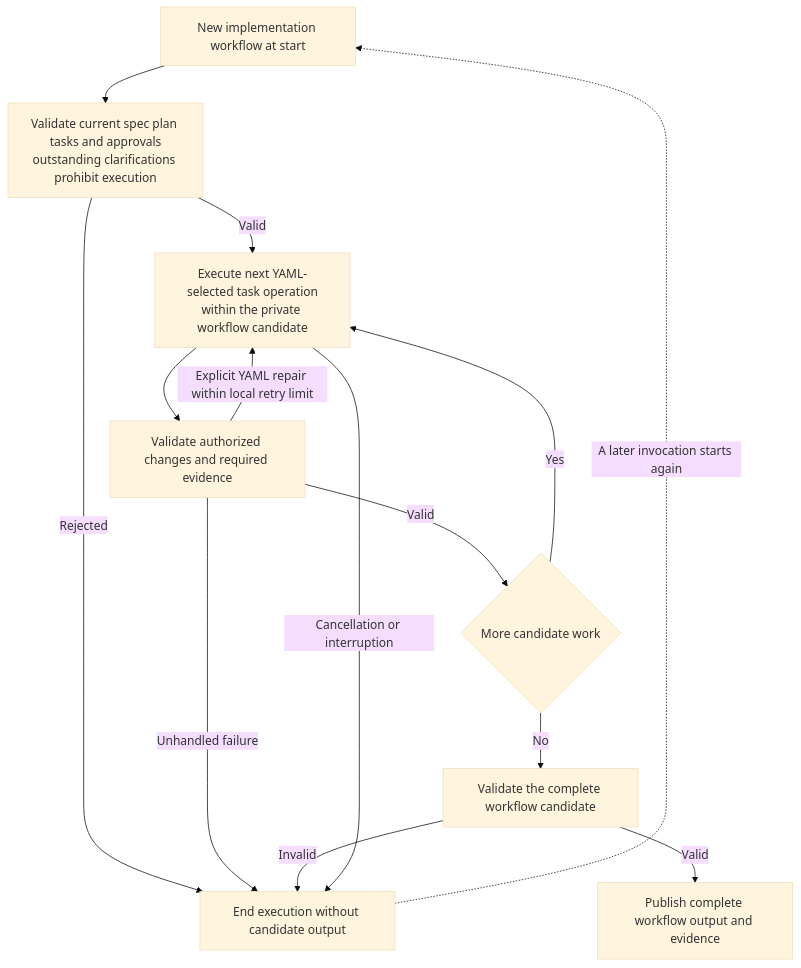
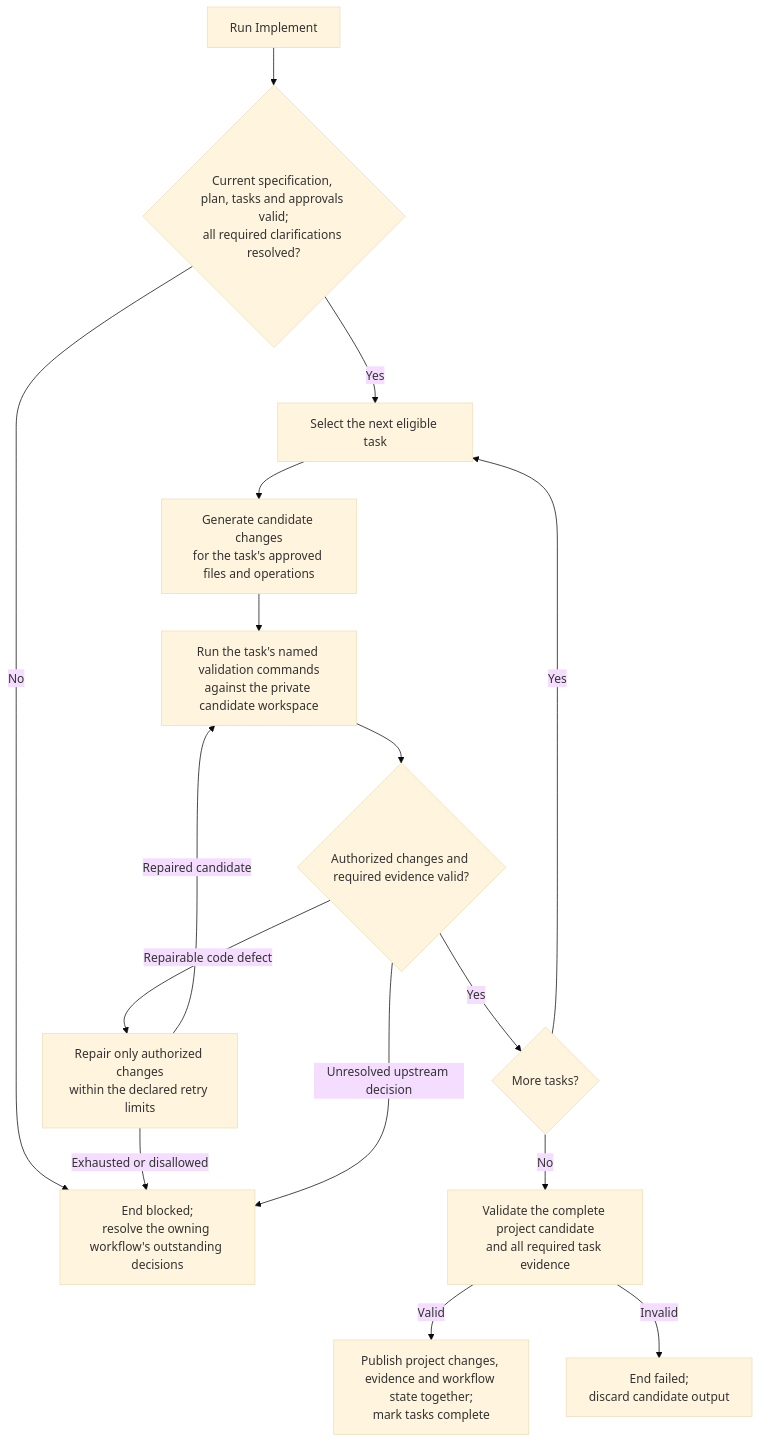
One commit to littledespot/sdde changed the diagram in design/diagrams/04-implementation-workflow.md. Above: the diagram before and after it, drawn with Mermaid (base theme). The commit also changed other lines of this file and 79 other files, not shown here.

````diff
--- a/design/diagrams/04-implementation-workflow.md
+++ b/design/diagrams/04-implementation-workflow.md
@@ -5,16 +3,18 @@
 ```mermaid
 flowchart TD
-    START[New implementation workflow at start] --> GATE[Validate current spec plan tasks and approvals<br/>outstanding clarifications prohibit execution]
-    GATE -- Rejected --> END[End execution without candidate output]
-    GATE -- Valid --> TASK[Execute next YAML-selected task operation<br/>within the private workflow candidate]
-    TASK --> CHECK[Validate authorized changes and required evidence]
-    CHECK -- Explicit YAML repair within local retry limit --> TASK
-    CHECK -- Valid --> MORE{More candidate work}
-    MORE -- Yes --> TASK
-    MORE -- No --> FINAL[Validate the complete workflow candidate]
-    FINAL -- Valid --> OUTPUT[Publish complete workflow output and evidence]
-    CHECK -- Unhandled failure --> END
-    FINAL -- Invalid --> END
-    TASK -- Cancellation or interruption --> END
-    END -. A later invocation starts again .-> START
+    START["Run Implement"] --> GATE{"Current specification, plan, tasks and approvals valid;<br/>all required clarifications resolved?"}
+    GATE -->|No| BLOCKED["End blocked;<br/>resolve the owning workflow's outstanding decisions"]
+    GATE -->|Yes| TASK["Select the next eligible task"]
+    TASK --> CHANGE["Generate candidate changes<br/>for the task's approved files and operations"]
+    CHANGE --> COMMANDS["Run the task's named validation commands<br/>against the private candidate workspace"]
+    COMMANDS --> CHECK{"Authorized changes and required evidence valid?"}
+    CHECK -->|Repairable code defect| REPAIR["Repair only authorized changes<br/>within the declared retry limits"]
+    REPAIR -->|Repaired candidate| COMMANDS
+    REPAIR -->|Exhausted or disallowed| BLOCKED
+    CHECK -->|Unresolved upstream decision| BLOCKED
+    CHECK -->|Yes| MORE{"More tasks?"}
+    MORE -->|Yes| TASK
+    MORE -->|No| FINAL["Validate the complete project candidate<br/>and all required task evidence"]
+    FINAL -->|Valid| OUTPUT["Publish project changes, evidence and workflow state together;<br/>mark tasks complete"]
+    FINAL -->|Invalid| FAILED["End failed;<br/>discard candidate output"]
 ```
````
